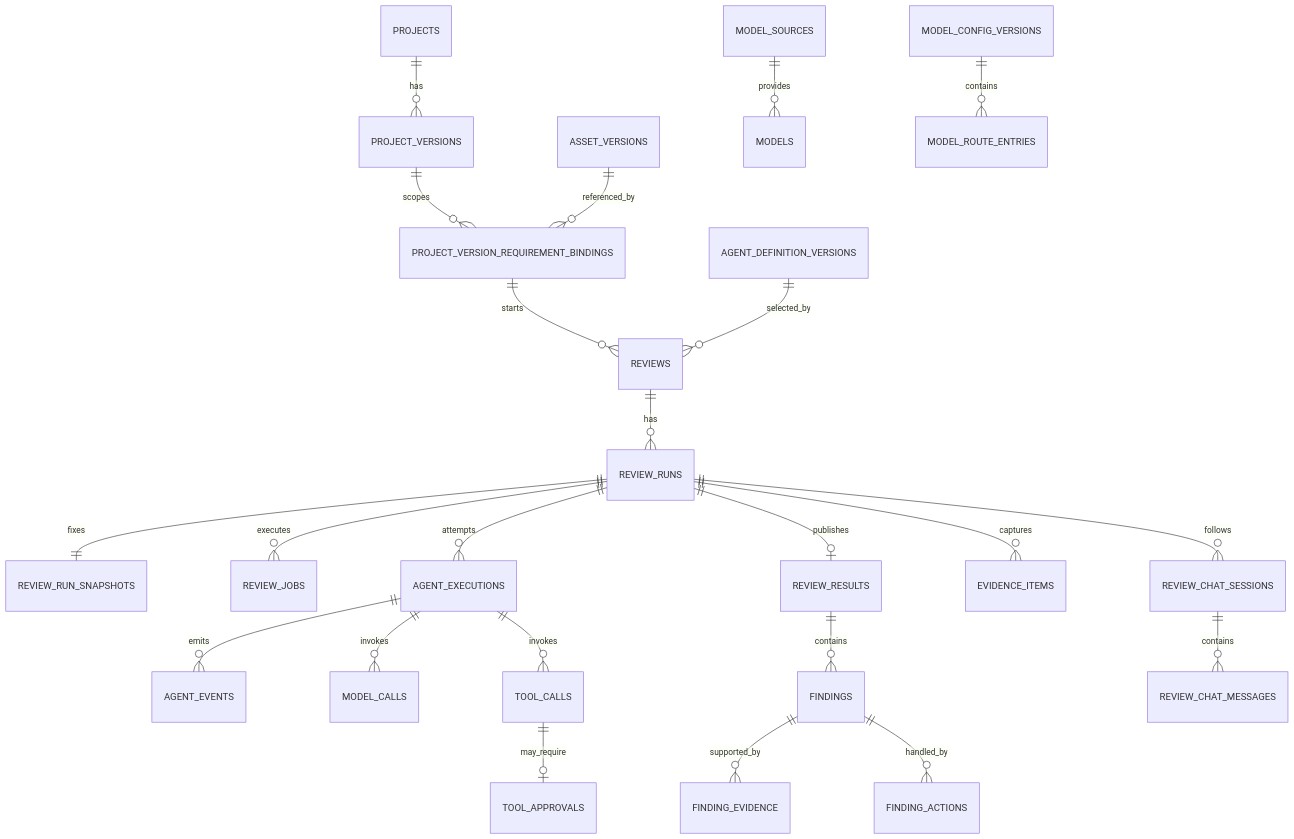
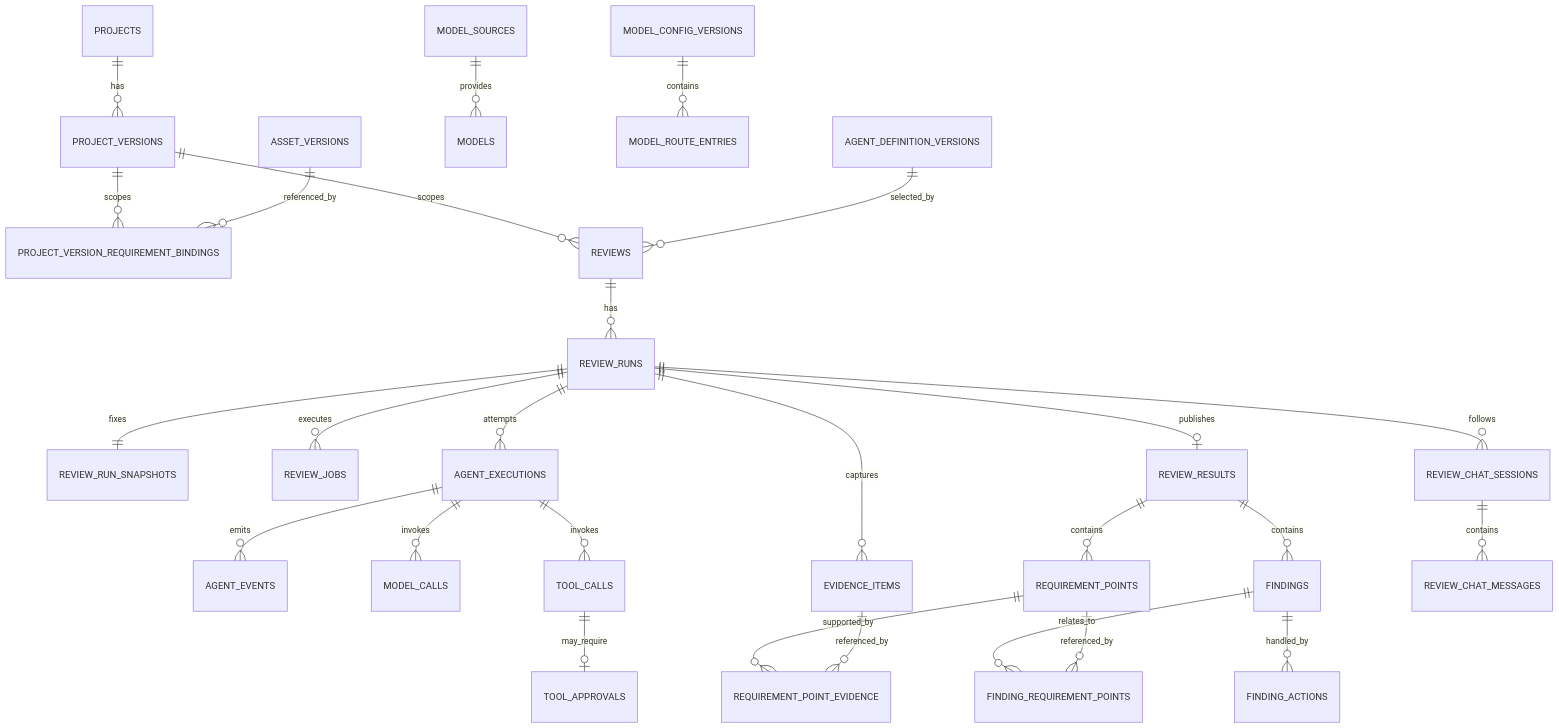
Before and after one commit to lishilei123/SmartHub: the third of 8 diagrams in 技术文档/第二期-需求评审与大模型配置技术文档.md, drawn with Mermaid. The commit also changed other lines of this file and 3 other files, not shown here.

````diff
--- a/技术文档/第二期-需求评审与大模型配置技术文档.md
+++ b/技术文档/第二期-需求评审与大模型配置技术文档.md
@@ -423,25 +462,29 @@
 ```mermaid
 erDiagram
     PROJECTS ||--o{ PROJECT_VERSIONS : has
     PROJECT_VERSIONS ||--o{ PROJECT_VERSION_REQUIREMENT_BINDINGS : scopes
     ASSET_VERSIONS ||--o{ PROJECT_VERSION_REQUIREMENT_BINDINGS : referenced_by
-    PROJECT_VERSION_REQUIREMENT_BINDINGS ||--o{ REVIEWS : starts
+    PROJECT_VERSIONS ||--o{ REVIEWS : scopes
     MODEL_SOURCES ||--o{ MODELS : provides
     MODEL_CONFIG_VERSIONS ||--o{ MODEL_ROUTE_ENTRIES : contains
     AGENT_DEFINITION_VERSIONS ||--o{ REVIEWS : selected_by
     REVIEWS ||--o{ REVIEW_RUNS : has
     REVIEW_RUNS ||--|| REVIEW_RUN_SNAPSHOTS : fixes
     REVIEW_RUNS ||--o{ REVIEW_JOBS : executes
     REVIEW_RUNS ||--o{ AGENT_EXECUTIONS : attempts
     AGENT_EXECUTIONS ||--o{ AGENT_EVENTS : emits
     AGENT_EXECUTIONS ||--o{ MODEL_CALLS : invokes
     AGENT_EXECUTIONS ||--o{ TOOL_CALLS : invokes
     TOOL_CALLS ||--o| TOOL_APPROVALS : may_require
     REVIEW_RUNS ||--o| REVIEW_RESULTS : publishes
+    REVIEW_RESULTS ||--o{ REQUIREMENT_POINTS : contains
     REVIEW_RESULTS ||--o{ FINDINGS : contains
-    FINDINGS ||--o{ FINDING_EVIDENCE : supported_by
+    REQUIREMENT_POINTS ||--o{ REQUIREMENT_POINT_EVIDENCE : supported_by
+    EVIDENCE_ITEMS ||--o{ REQUIREMENT_POINT_EVIDENCE : referenced_by
+    FINDINGS ||--o{ FINDING_REQUIREMENT_POINTS : relates_to
+    REQUIREMENT_POINTS ||--o{ FINDING_REQUIREMENT_POINTS : referenced_by
     FINDINGS ||--o{ FINDING_ACTIONS : handled_by
     REVIEW_RUNS ||--o{ EVIDENCE_ITEMS : captures
     REVIEW_RUNS ||--o{ REVIEW_CHAT_SESSIONS : follows
     REVIEW_CHAT_SESSIONS ||--o{ REVIEW_CHAT_MESSAGES : contains
 ```
````
